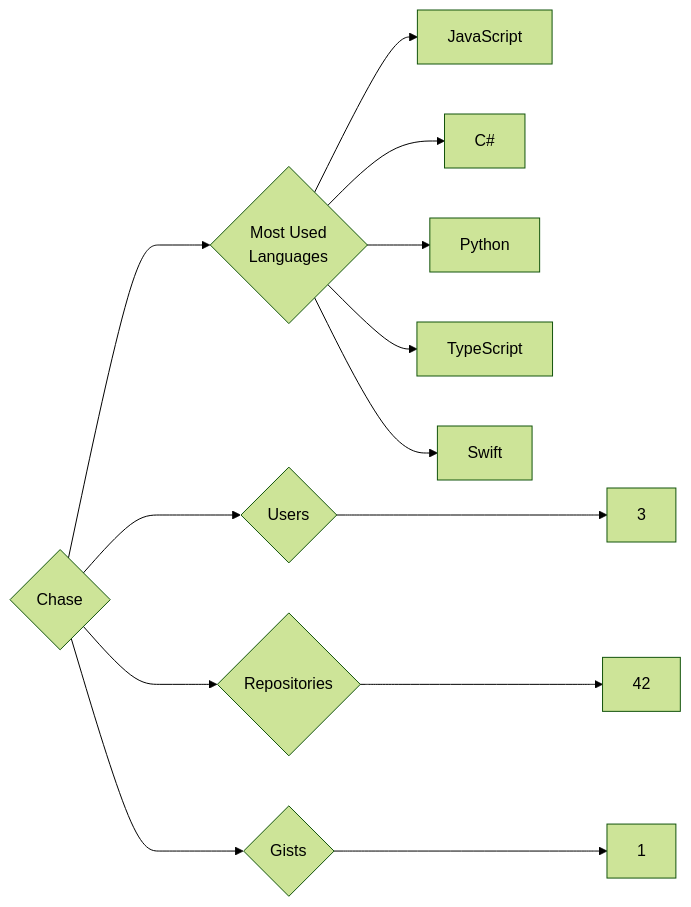
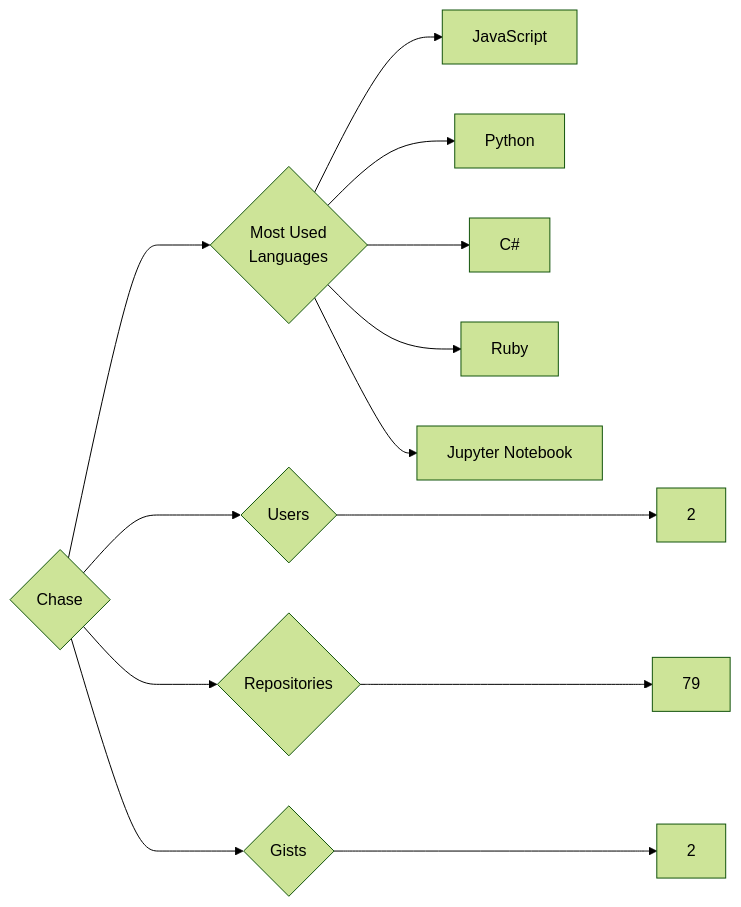
The diagram in targets/Chase/README.md (trickest/insiders), drawn with Mermaid (forest theme) before and after one commit. The commit also changed 618 other files, not shown here.

````diff
--- a/targets/Chase/README.md
+++ b/targets/Chase/README.md
@@ -3,13 +3,13 @@
 ```mermaid
 graph LR
 COMPANY_NAME{Chase}
-COMPANY_NAME ---> U{Users} ---> UN[3]
-COMPANY_NAME ---> R{Repositories} ---> RN[42]
-COMPANY_NAME ---> G{Gists} ---> GN[1]
+COMPANY_NAME ---> U{Users} ---> UN[2]
+COMPANY_NAME ---> R{Repositories} ---> RN[79]
+COMPANY_NAME ---> G{Gists} ---> GN[2]
 COMPANY_NAME ---> ML{Most Used<br>Languages}
 ML --> JavaScript[JavaScript]
+ML --> Python[Python]
 ML --> C#[C#]
-ML --> Python[Python]
-ML --> TypeScript[TypeScript]
-ML --> Swift[Swift]
+ML --> Ruby[Ruby]
+ML --> Jupyter_Notebook[Jupyter Notebook]
 ```
````
